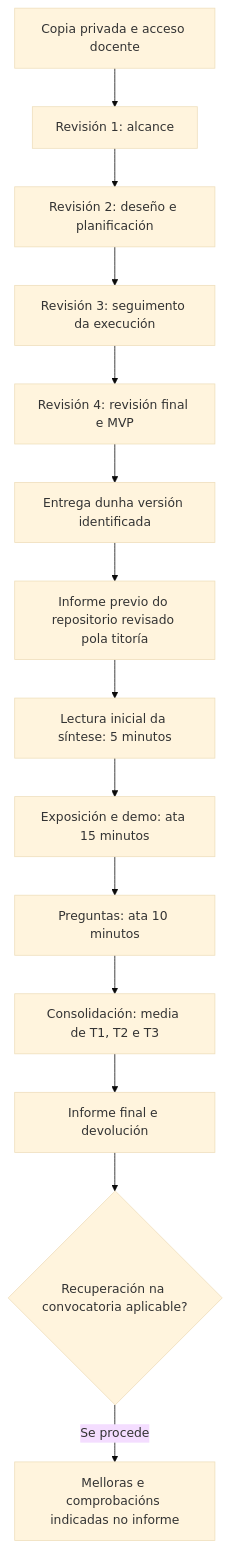
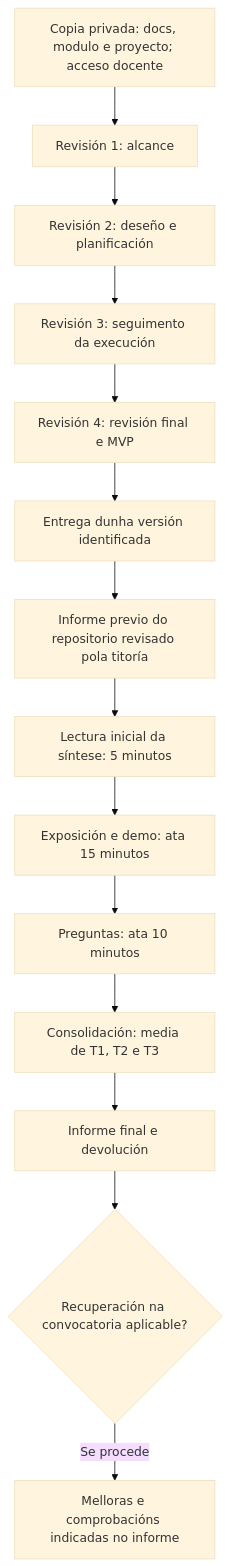
Before and after one commit to apuntesinformaticafp/repo-proy: the diagram in modulo/guia.md, drawn with Mermaid (base theme). The commit also changed other lines of this file and 10 other files, not shown here.

````diff
--- a/modulo/guia.md
+++ b/modulo/guia.md
@@ -200,16 +205,16 @@
 ```mermaid
 flowchart TD
-    A["Copia privada e acceso docente"] --> R1["Revisión 1: alcance"]
+    A["Copia privada: docs, modulo e proyecto; acceso docente"] --> R1["Revisión 1: alcance"]
     R1 --> R2["Revisión 2: deseño e planificación"]
     R2 --> R3["Revisión 3: seguimento da execución"]
     R3 --> R4["Revisión 4: revisión final e MVP"]
     R4 --> E["Entrega dunha versión identificada"]
     E --> I["Informe previo do repositorio revisado pola titoría"]
     I --> L["Lectura inicial da síntese: 5 minutos"]
     L --> P["Exposición e demo: ata 15 minutos"]
     P --> Q["Preguntas: ata 10 minutos"]
     Q --> C["Consolidación: media de T1, T2 e T3"]
     C --> F["Informe final e devolución"]
     F --> D{"Recuperación na convocatoria aplicable?"}
     D -->|Se procede| M["Melloras e comprobacións indicadas no informe"]
 ```
````
